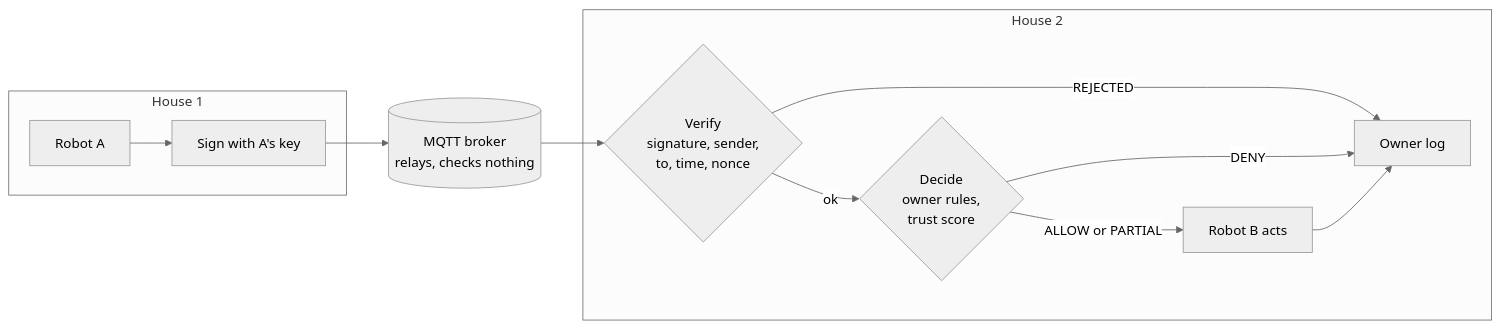
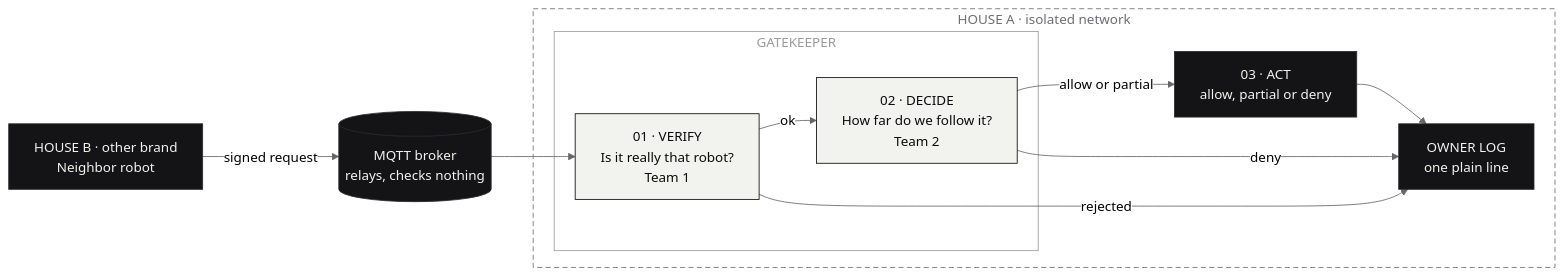
One commit to sunnycho100/robot-trust-network changed the second of 2 diagrams in README.md. Above: the diagram before and after it, drawn with Mermaid (neutral theme). The commit also changed other lines of this file and 1 other file, not shown here.

````diff
--- a/README.md
+++ b/README.md
@@ -9,19 +33,26 @@
 ```mermaid
 flowchart LR
-    subgraph H1[House 1]
-        A[Robot A] --> S[Sign with A's key]
+    B["HOUSE B · other brand<br/>Neighbor robot"]
+    Q[("MQTT broker<br/>relays, checks nothing")]
+    subgraph A["HOUSE A · isolated network"]
+        subgraph G["GATEKEEPER"]
+            V["01 · VERIFY<br/>Is it really that robot?<br/>Team 1"]
+            D["02 · DECIDE<br/>How far do we follow it?<br/>Team 2"]
+        end
+        X["03 · ACT<br/>allow, partial or deny"]
+        L["OWNER LOG<br/>one plain line"]
     end
-    S --> B[(MQTT broker<br/>relays, checks nothing)]
-    subgraph H2[House 2]
-        V{Verify<br/>signature, sender,<br/>to, time, nonce}
-        D{Decide<br/>owner rules,<br/>trust score}
-        R[Robot B acts]
-        L[Owner log]
-        V -- ok --> D
-        D -- ALLOW or PARTIAL --> R
-        V -- REJECTED --> L
-        D -- DENY --> L
-        R --> L
-    end
-    B --> V
+    B -- signed request --> Q
+    Q --> V
+    V -- ok --> D
+    D -- allow or partial --> X
+    X --> L
+    V -- rejected --> L
+    D -- deny --> L
+    classDef stage fill:#141416,stroke:#2C2C30,color:#F2F2EF
+    classDef focus fill:#F2F2EF,stroke:#0B0B0C,color:#0B0B0C
+    class B,Q,X,L stage
+    class V,D focus
+    style A fill:none,stroke:#6E6E74,stroke-dasharray:6 4,color:#6E6E74
+    style G fill:none,stroke:#9A9AA0,color:#9A9AA0
 ```
````
